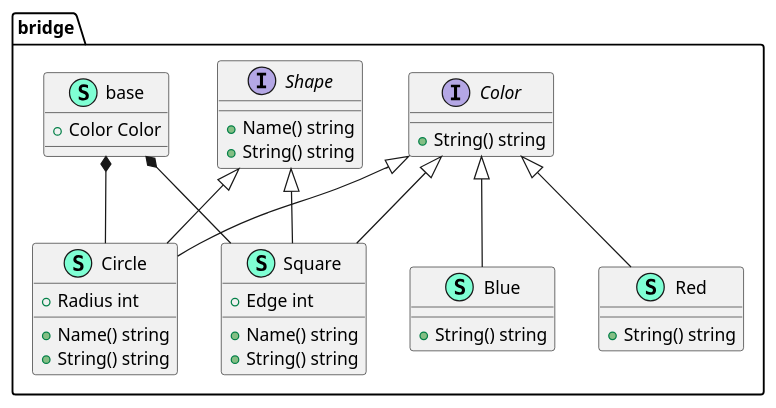
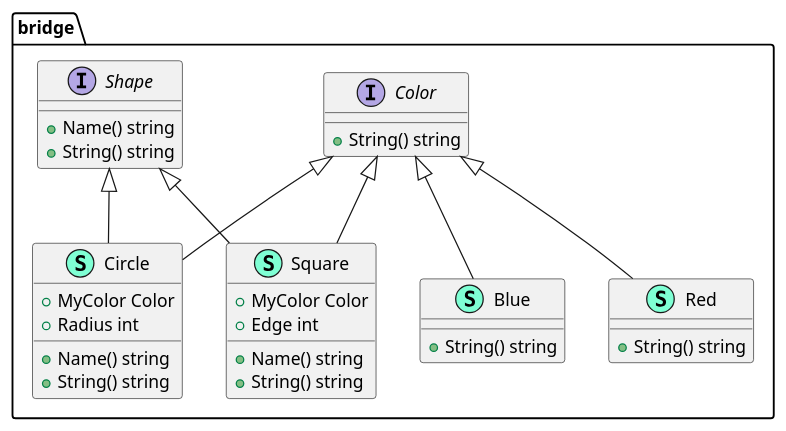
The diagram in structural/2_bridge/file.puml (hitzhangjie/go-patterns), drawn with PlantUML before and after one commit. The commit also changed 2 other files, not shown here.

Commit message:
bridge: simplify demo

```diff
--- a/structural/2_bridge/file.puml
+++ b/structural/2_bridge/file.puml
@@ -1,49 +1,45 @@
 @startuml
 namespace bridge {
     class Blue << (S,Aquamarine) >> {
         + String() string
 
     }
     class Circle << (S,Aquamarine) >> {
+        + MyColor Color
         + Radius int
 
         + Name() string
         + String() string
 
     }
     interface Color  {
         + String() string
 
     }
     class Red << (S,Aquamarine) >> {
         + String() string
 
     }
     interface Shape  {
         + Name() string
         + String() string
 
     }
     class Square << (S,Aquamarine) >> {
+        + MyColor Color
         + Edge int
 
         + Name() string
         + String() string
 
     }
-    class base << (S,Aquamarine) >> {
-        + Color Color
-
-    }
 }
-"bridge.base" *-- "bridge.Circle"
-"bridge.base" *-- "bridge.Square"
 
 "bridge.Color" <|-- "bridge.Blue"
 "bridge.Color" <|-- "bridge.Circle"
 "bridge.Shape" <|-- "bridge.Circle"
 "bridge.Color" <|-- "bridge.Red"
 "bridge.Color" <|-- "bridge.Square"
 "bridge.Shape" <|-- "bridge.Square"
 
 @enduml
```
